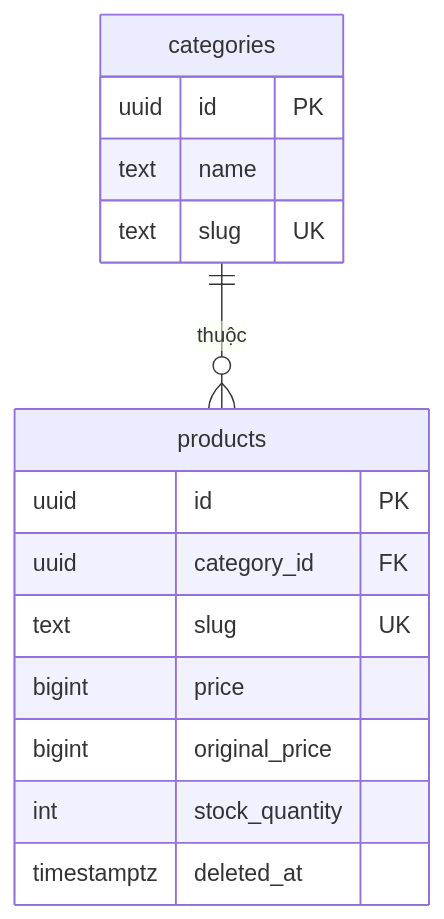
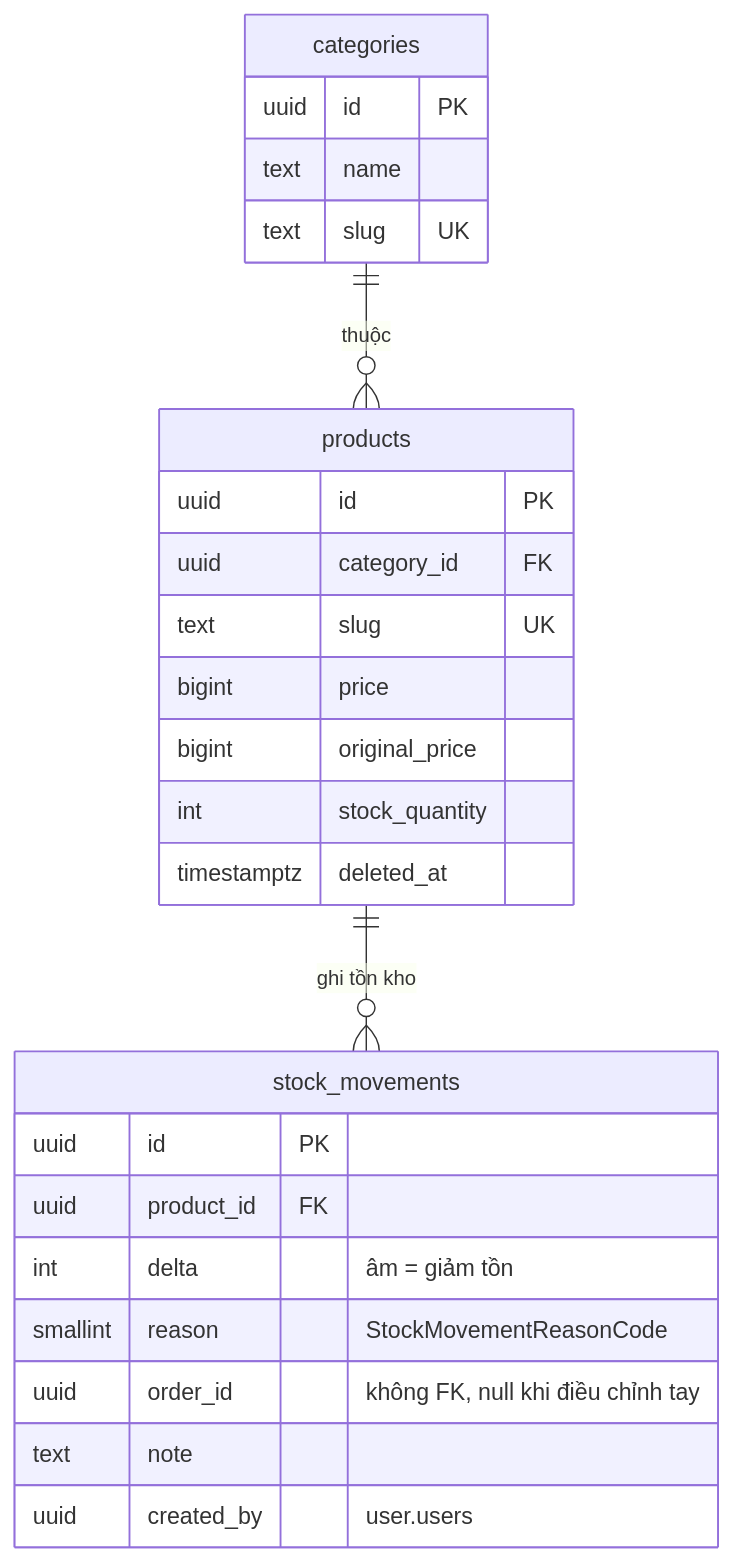
One commit to Vietnguyen203/PhucViFood changed the third of 6 diagrams in BE/docs/database.md. Above: the diagram before and after it, drawn with Mermaid. The commit also changed other lines of this file and 38 other files, not shown here.

First line of the commit message:
Thêm service catalog: danh mục, sản phẩm, tồn kho

````diff
--- a/BE/docs/database.md
+++ b/BE/docs/database.md
@@ -117,19 +117,29 @@
 ```mermaid
 erDiagram
   categories ||--o{ products : "thuộc"
+  products ||--o{ stock_movements : "ghi tồn kho"
 
   categories {
     uuid id PK
     text name
     text slug UK
   }
   products {
     uuid id PK
     uuid category_id FK
     text slug UK
     bigint price
     bigint original_price
     int stock_quantity
     timestamptz deleted_at
   }
+  stock_movements {
+    uuid id PK
+    uuid product_id FK
+    int delta "âm = giảm tồn"
+    smallint reason "StockMovementReasonCode"
+    uuid order_id "không FK, null khi điều chỉnh tay"
+    text note
+    uuid created_by "user.users"
+  }
 ```
````
